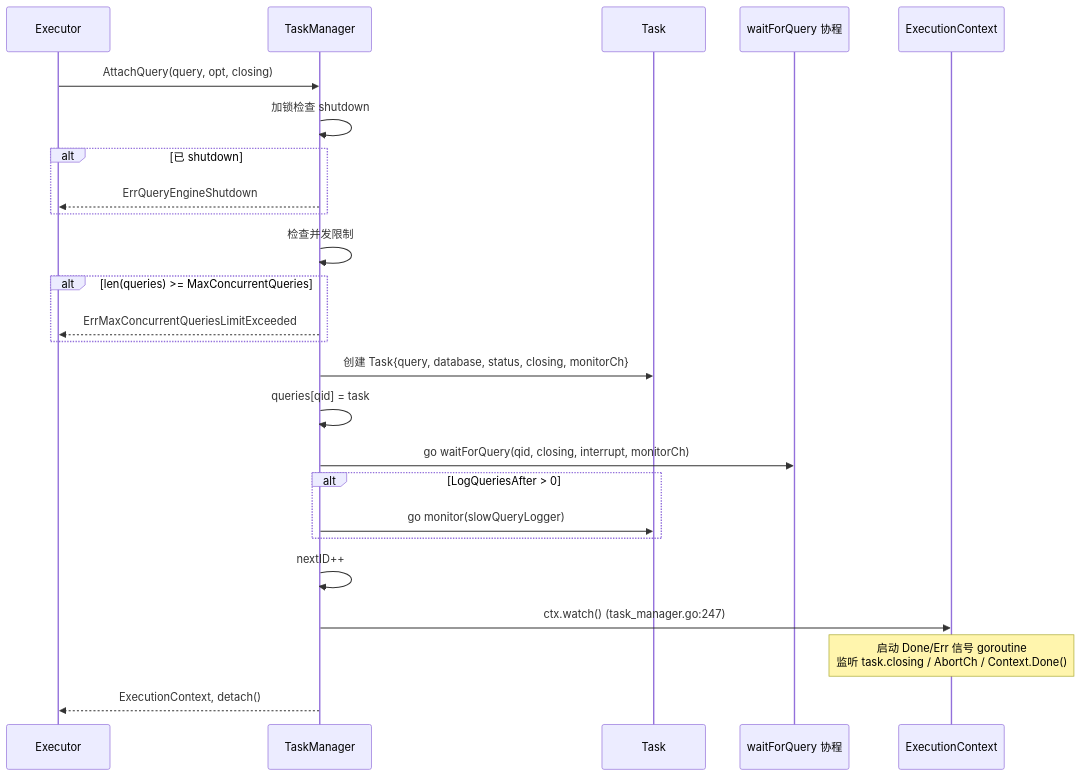
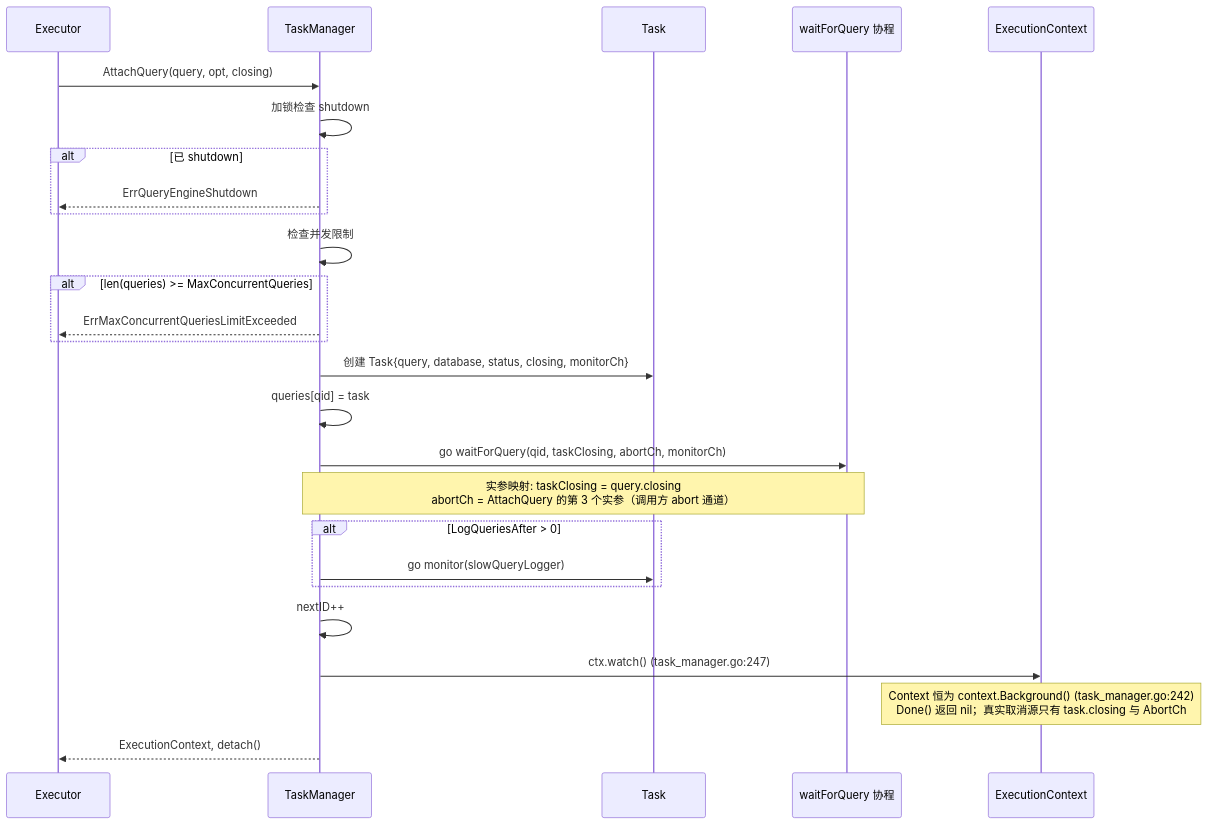
The fifth of 15 diagrams in docs/specs/11_influxql_execution_spec.md (stefanv5/influxdb), drawn with Mermaid before and after one commit. The commit also changed other lines of this file and 16 other files, not shown here.

First line of the commit message:
docs: correct and deepen the 17 architecture specs

````diff
--- a/docs/specs/11_influxql_execution_spec.md
+++ b/docs/specs/11_influxql_execution_spec.md
@@ -442,33 +442,34 @@
 ```mermaid
 sequenceDiagram
     participant Executor as Executor
     participant TaskMgr as TaskManager
     participant Task as Task
     participant Watcher as waitForQuery 协程
 
     Executor->>TaskMgr: AttachQuery(query, opt, closing)
 
     TaskMgr->>TaskMgr: 加锁检查 shutdown
     alt 已 shutdown
         TaskMgr-->>Executor: ErrQueryEngineShutdown
     end
 
     TaskMgr->>TaskMgr: 检查并发限制
     alt len(queries) >= MaxConcurrentQueries
         TaskMgr-->>Executor: ErrMaxConcurrentQueriesLimitExceeded
     end
 
     TaskMgr->>Task: 创建 Task{query, database, status, closing, monitorCh}
     TaskMgr->>TaskMgr: queries[qid] = task
 
-    TaskMgr->>Watcher: go waitForQuery(qid, closing, interrupt, monitorCh)
+    TaskMgr->>Watcher: go waitForQuery(qid, taskClosing, abortCh, monitorCh)
+    Note over TaskMgr,Watcher: 实参映射: taskClosing = query.closing<br/>abortCh = AttachQuery 的第 3 个实参（调用方 abort 通道）
 
     alt LogQueriesAfter > 0
         TaskMgr->>Task: go monitor(slowQueryLogger)
     end
 
     TaskMgr->>TaskMgr: nextID++
     TaskMgr->>ExecutionContext: ctx.watch() (task_manager.go:247)
-    Note over ExecutionContext: 启动 Done/Err 信号 goroutine<br>监听 task.closing / AbortCh / Context.Done()
+    Note over ExecutionContext: Context 恒为 context.Background() (task_manager.go:242)<br/>Done() 返回 nil；真实取消源只有 task.closing 与 AbortCh
     TaskMgr-->>Executor: ExecutionContext, detach()
 ```
````
